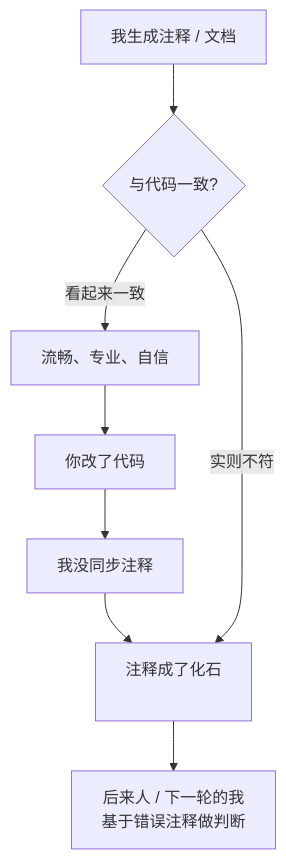
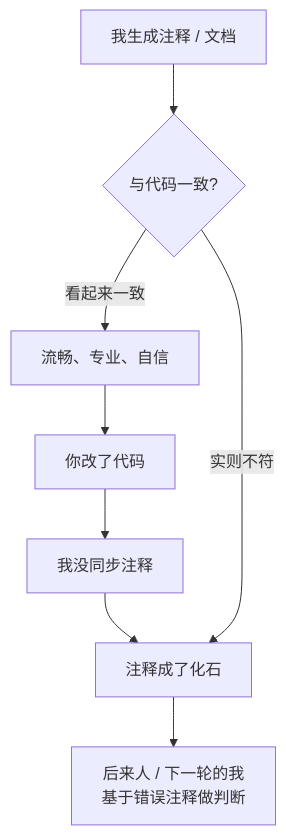
Before and after one commit to XuebinMa/AIWiki: the diagram in docs/05-implementation/comment-doc-drift.mdx, drawn with Mermaid. The commit also changed 99 other files, not shown here.

First line of the commit message:
fix(mermaid): 全局根治节点文字裁切（htmlLabels:false + 清理 br/nbsp 占位）(#26)

````diff
--- a/docs/05-implementation/comment-doc-drift.mdx
+++ b/docs/05-implementation/comment-doc-drift.mdx
@@ -38,10 +38,10 @@
 ```mermaid
 flowchart TD
     A[我生成注释 / 文档] --> B{与代码一致?}
     B -->|看起来一致| C[流畅、专业、自信]
     C --> D[你改了代码]
     D --> E[我没同步注释]
-    E --> F[注释成了化石<br/>&nbsp;]
+    E --> F[注释成了化石]
     B -->|实则不符| F
     F --> G[后来人 / 下一轮的我<br/>基于错误注释做判断]
 ```
````
